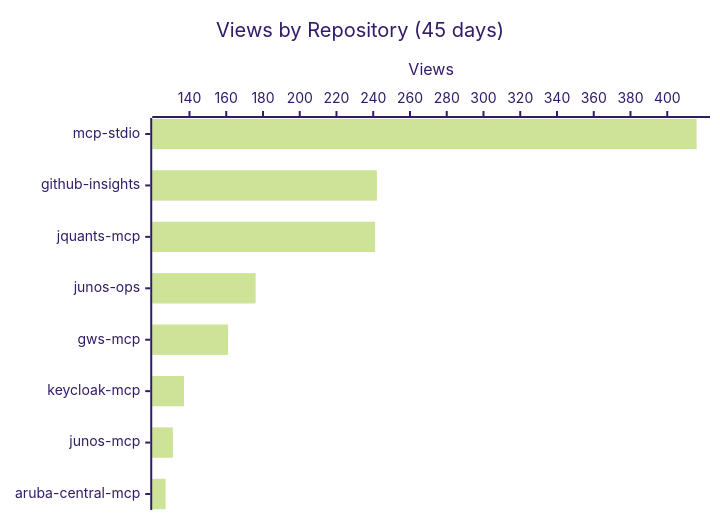
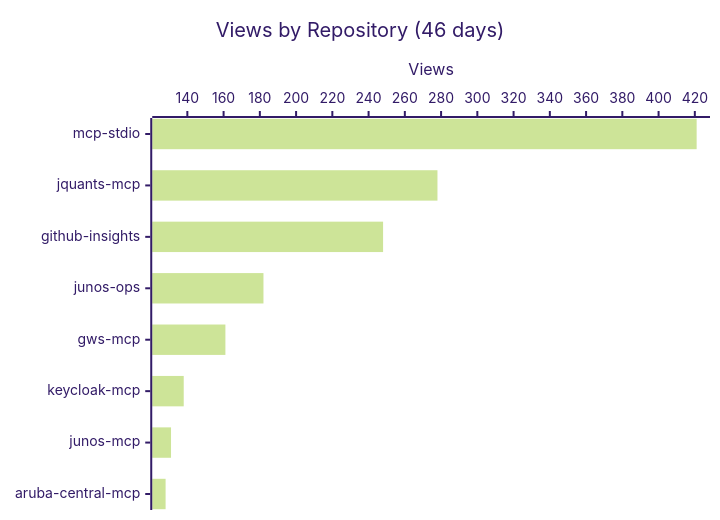
One commit to shigechika/github-insights changed the first of 3 diagrams in README.md. Above: the diagram before and after it, drawn with Mermaid (forest theme). The commit also changed other lines of this file and 2 other files, not shown here.

````diff
--- a/README.md
+++ b/README.md
@@ -16,7 +16,7 @@
 ```mermaid
 xychart-beta horizontal
-    title "Views by Repository (45 days)"
-    x-axis ["mcp-stdio", "github-insights", "jquants-mcp", "junos-ops", "gws-mcp", "keycloak-mcp", "junos-mcp", "aruba-central-mcp"]
+    title "Views by Repository (46 days)"
+    x-axis ["mcp-stdio", "jquants-mcp", "github-insights", "junos-ops", "gws-mcp", "keycloak-mcp", "junos-mcp", "aruba-central-mcp"]
     y-axis "Views"
-    bar [416, 242, 241, 176, 161, 137, 131, 127]
+    bar [421, 278, 248, 182, 161, 138, 131, 128]
 ```
````
